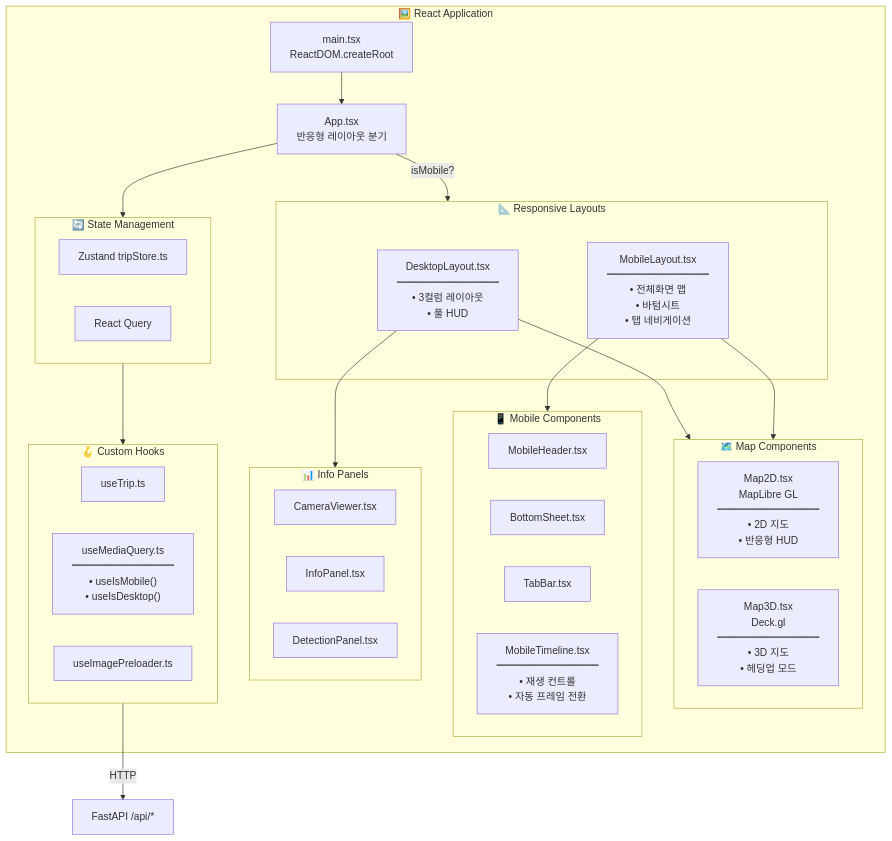
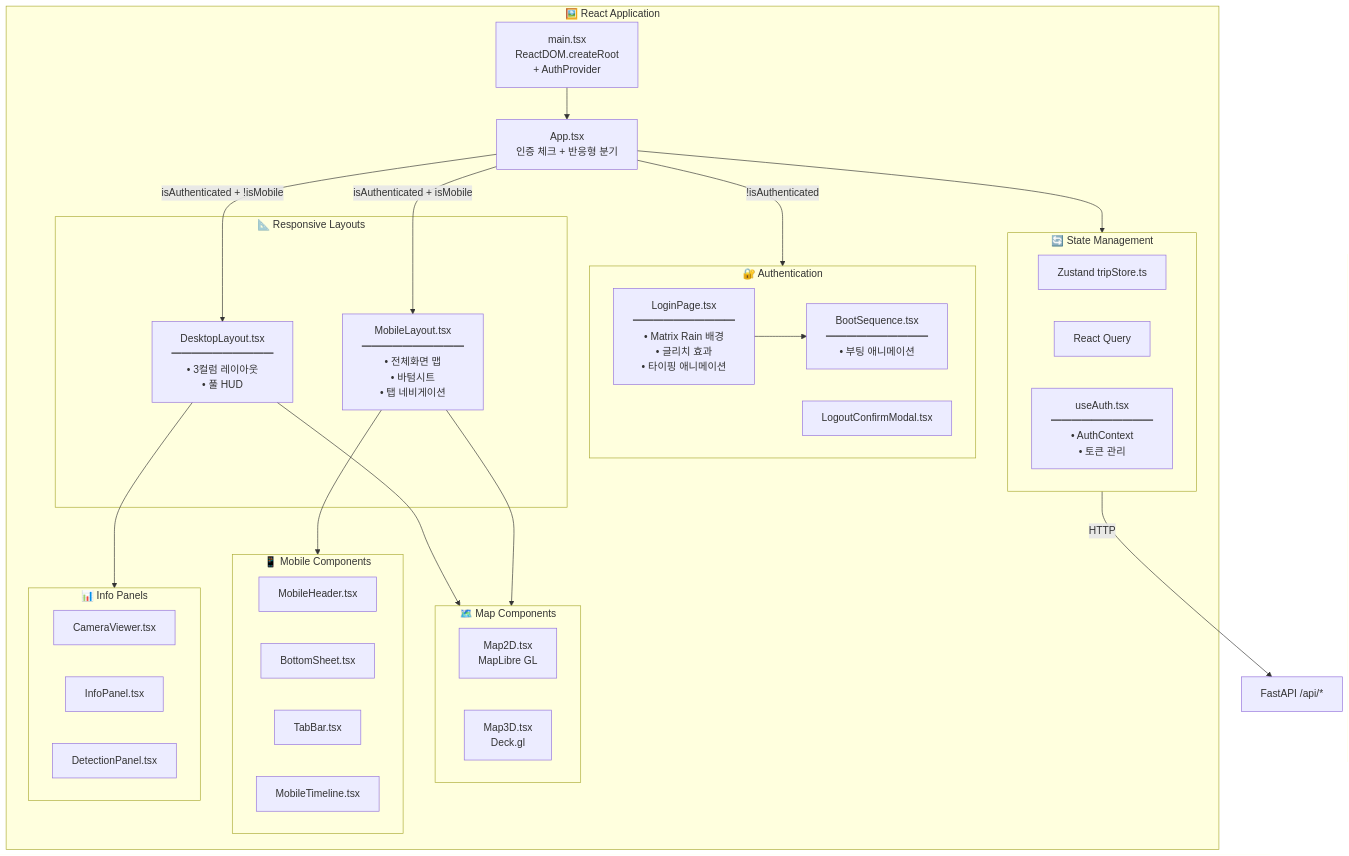
The fifth of 6 diagrams in README.md (dareesoft/nyc-vehicle-tracker), drawn with Mermaid before and after one commit. The commit also changed other lines of this file and 1 other file, not shown here.

First line of the commit message:
docs: README 아키텍처 업데이트 + Matrix 단어 추가

````diff
--- a/README.md
+++ b/README.md
@@ -273,50 +268,53 @@
 ```mermaid
 flowchart TB
     subgraph ReactApp["🖼️ React Application"]
-        MAIN["main.tsx<br/>ReactDOM.createRoot"]
-        MAIN --> APP["App.tsx<br/>반응형 레이아웃 분기"]
+        MAIN["main.tsx<br/>ReactDOM.createRoot<br/>+ AuthProvider"]
+        MAIN --> APP["App.tsx<br/>인증 체크 + 반응형 분기"]
+
+        subgraph Auth["🔐 Authentication"]
+            LOGIN["LoginPage.tsx<br/>━━━━━━━━━━<br/>• Matrix Rain 배경<br/>• 글리치 효과<br/>• 타이핑 애니메이션"]
+            BOOT["BootSequence.tsx<br/>━━━━━━━━━━<br/>• 부팅 애니메이션"]
+            LOGOUT["LogoutConfirmModal.tsx"]
+        end
 
         subgraph Layouts["📐 Responsive Layouts"]
             DESKTOP["DesktopLayout.tsx<br/>━━━━━━━━━━<br/>• 3컬럼 레이아웃<br/>• 풀 HUD"]
             MOBILE["MobileLayout.tsx<br/>━━━━━━━━━━<br/>• 전체화면 맵<br/>• 바텀시트<br/>• 탭 네비게이션"]
         end
 
         subgraph MapComponents["🗺️ Map Components"]
-            MAP2D["Map2D.tsx<br/>MapLibre GL<br/>━━━━━━━━━━<br/>• 2D 지도<br/>• 반응형 HUD"]
-            MAP3D["Map3D.tsx<br/>Deck.gl<br/>━━━━━━━━━━<br/>• 3D 지도<br/>• 헤딩업 모드"]
+            MAP2D["Map2D.tsx<br/>MapLibre GL"]
+            MAP3D["Map3D.tsx<br/>Deck.gl"]
         end
 
         subgraph MobileComponents["📱 Mobile Components"]
             MH["MobileHeader.tsx"]
             BS["BottomSheet.tsx"]
             TB["TabBar.tsx"]
-            MT["MobileTimeline.tsx<br/>━━━━━━━━━━<br/>• 재생 컨트롤<br/>• 자동 프레임 전환"]
+            MT["MobileTimeline.tsx"]
         end
 
         subgraph Panels["📊 Info Panels"]
             CAM["CameraViewer.tsx"]
             INFO["InfoPanel.tsx"]
             DET["DetectionPanel.tsx"]
         end
 
         subgraph StateManagement["🔄 State Management"]
             ZS["Zustand tripStore.ts"]
             RQ["React Query"]
-        end
-
-        subgraph CustomHooks["🪝 Custom Hooks"]
-            H1["useTrip.ts"]
-            H2["useMediaQuery.ts<br/>━━━━━━━━━━<br/>• useIsMobile()<br/>• useIsDesktop()"]
-            H3["useImagePreloader.ts"]
+            AUTH["useAuth.tsx<br/>━━━━━━━━━━<br/>• AuthContext<br/>• 토큰 관리"]
         end
     end
 
-    APP -->|"isMobile?"| Layouts
+    APP -->|"!isAuthenticated"| Auth
+    APP -->|"isAuthenticated + isMobile"| MOBILE
+    APP -->|"isAuthenticated + !isMobile"| DESKTOP
+    LOGIN --> BOOT
     DESKTOP --> MapComponents
     MOBILE --> MapComponents
     MOBILE --> MobileComponents
     DESKTOP --> Panels
     APP --> StateManagement
-    StateManagement --> CustomHooks
-    CustomHooks -->|"HTTP"| API["FastAPI /api/*"]
+    StateManagement -->|"HTTP"| API["FastAPI /api/*"]
 ```
````
